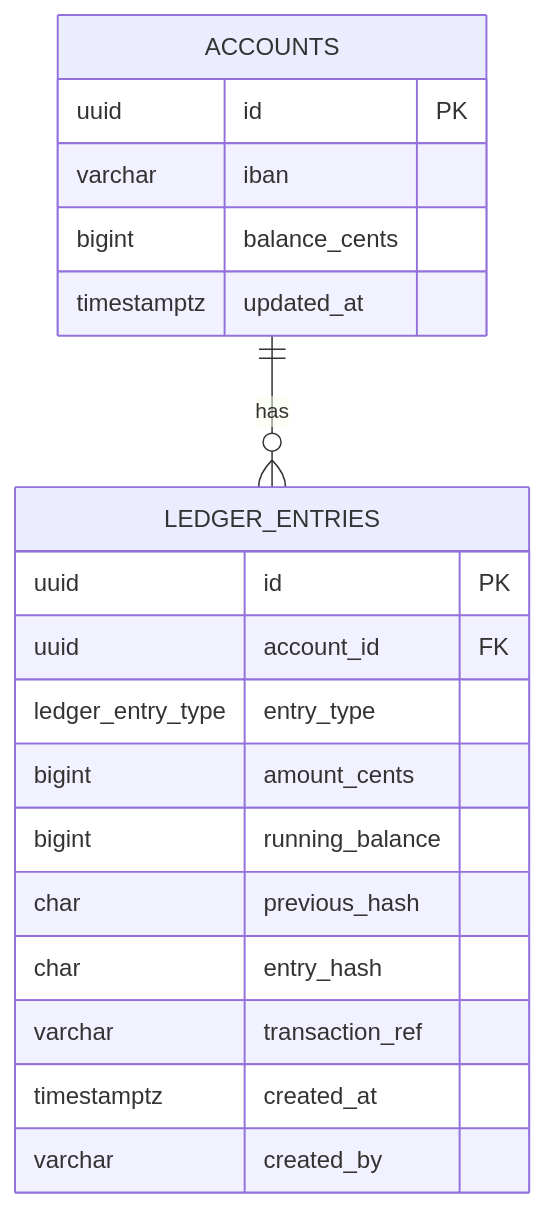
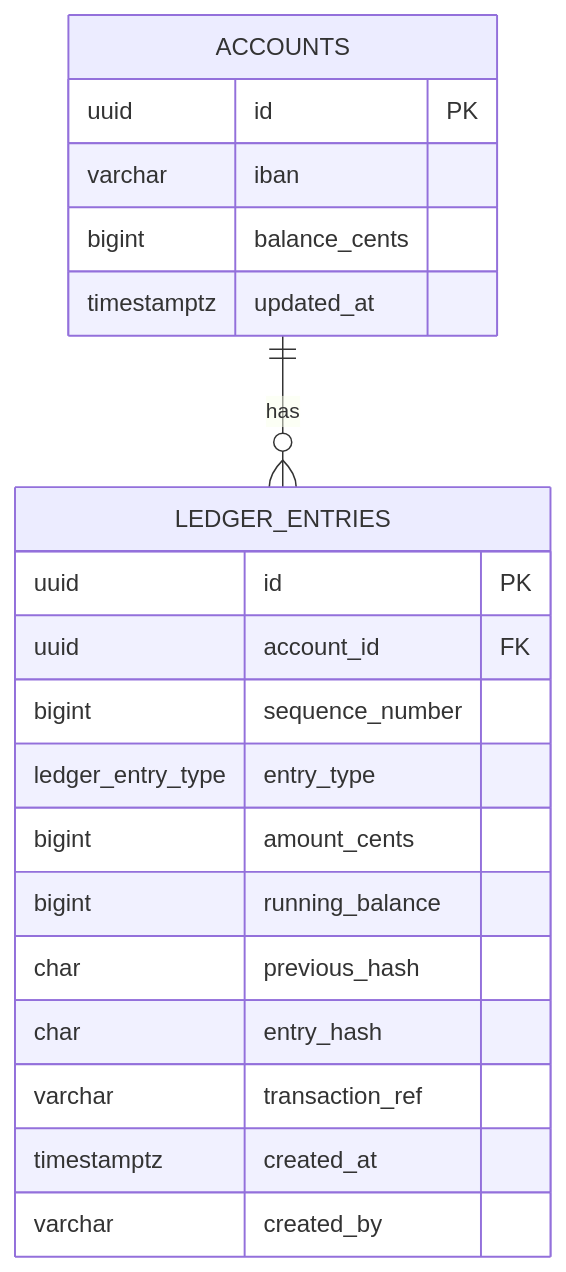
One commit to mostafasroor1983/fintech-engineering-mastery changed the first of 2 diagrams in docs/content/tracks/track-05-transaction-integrity/lesson-21-audit-trails/index.md. Above: the diagram before and after it, drawn with Mermaid. The commit also changed other lines of this file and 345 other files, not shown here.

````diff
--- a/docs/content/tracks/track-05-transaction-integrity/lesson-21-audit-trails/index.md
+++ b/docs/content/tracks/track-05-transaction-integrity/lesson-21-audit-trails/index.md
@@ -112,22 +114,23 @@
 ```mermaid
 erDiagram
     ACCOUNTS {
         uuid id PK
         varchar iban
         bigint balance_cents
         timestamptz updated_at
     }
     LEDGER_ENTRIES {
         uuid id PK
         uuid account_id FK
+        bigint sequence_number
         ledger_entry_type entry_type
         bigint amount_cents
         bigint running_balance
         char previous_hash
         char entry_hash
         varchar transaction_ref
         timestamptz created_at
         varchar created_by
     }
     ACCOUNTS ||--o{ LEDGER_ENTRIES : "has"
 ```
````
